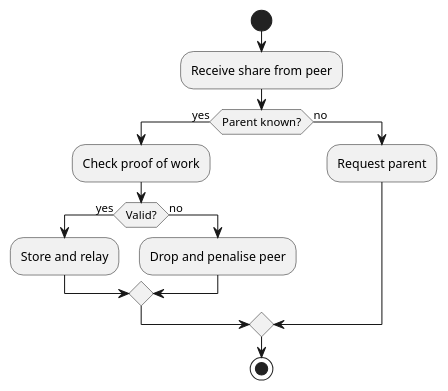
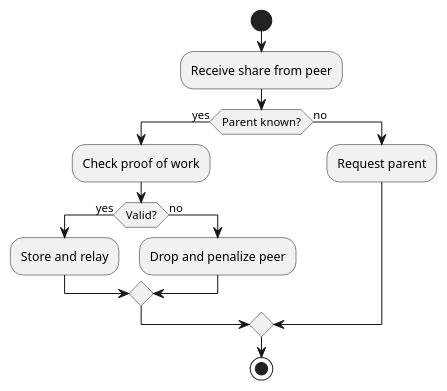
The third of 3 diagrams in architecture/share-flow.adoc (p2poolv2/docs), drawn with PlantUML before and after one commit. The commit also changed other lines of this file and 21 other files, not shown here.

```diff
--- a/architecture/share-flow.adoc
+++ b/architecture/share-flow.adoc
@@ -49,18 +49,18 @@
 [plantuml, validate-activity, svg]
 ....
 @startuml
 start
 :Receive share from peer;
 if (Parent known?) then (yes)
   :Check proof of work;
   if (Valid?) then (yes)
     :Store and relay;
   else (no)
-    :Drop and penalise peer;
+    :Drop and penalize peer;
   endif
 else (no)
   :Request parent;
 endif
 stop
 @enduml
 ....
```
